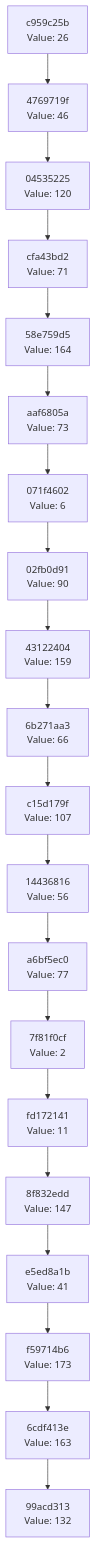
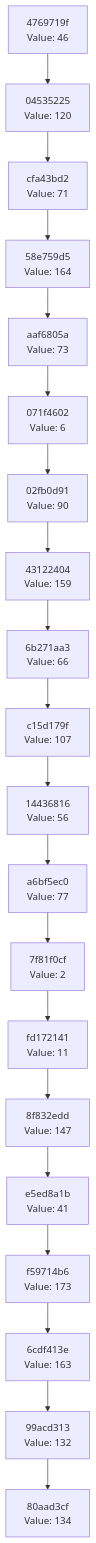
The diagram in docs/CHAIN_VISUALIZATION.md (Abhisheksinha1506/hash-chain-evolver), drawn with Mermaid before and after one commit. The commit also changed 2 other files, not shown here.

Commit message:
Evolution step: hash 0x86 → action executed

````diff
--- a/docs/CHAIN_VISUALIZATION.md
+++ b/docs/CHAIN_VISUALIZATION.md
@@ -3,42 +3,42 @@
 ```mermaid
 graph TD
-    C0["99acd313<br/>Value: 132"]
-    C1["6cdf413e<br/>Value: 163"]
+    C0["80aad3cf<br/>Value: 134"]
+    C1["99acd313<br/>Value: 132"]
     C1 --> C0
-    C2["f59714b6<br/>Value: 173"]
+    C2["6cdf413e<br/>Value: 163"]
     C2 --> C1
-    C3["e5ed8a1b<br/>Value: 41"]
+    C3["f59714b6<br/>Value: 173"]
     C3 --> C2
-    C4["8f832edd<br/>Value: 147"]
+    C4["e5ed8a1b<br/>Value: 41"]
     C4 --> C3
-    C5["fd172141<br/>Value: 11"]
+    C5["8f832edd<br/>Value: 147"]
     C5 --> C4
-    C6["7f81f0cf<br/>Value: 2"]
+    C6["fd172141<br/>Value: 11"]
     C6 --> C5
-    C7["a6bf5ec0<br/>Value: 77"]
+    C7["7f81f0cf<br/>Value: 2"]
     C7 --> C6
-    C8["14436816<br/>Value: 56"]
+    C8["a6bf5ec0<br/>Value: 77"]
     C8 --> C7
-    C9["c15d179f<br/>Value: 107"]
+    C9["14436816<br/>Value: 56"]
     C9 --> C8
-    C10["6b271aa3<br/>Value: 66"]
+    C10["c15d179f<br/>Value: 107"]
     C10 --> C9
-    C11["43122404<br/>Value: 159"]
+    C11["6b271aa3<br/>Value: 66"]
     C11 --> C10
-    C12["02fb0d91<br/>Value: 90"]
+    C12["43122404<br/>Value: 159"]
     C12 --> C11
-    C13["071f4602<br/>Value: 6"]
+    C13["02fb0d91<br/>Value: 90"]
     C13 --> C12
-    C14["aaf6805a<br/>Value: 73"]
+    C14["071f4602<br/>Value: 6"]
     C14 --> C13
-    C15["58e759d5<br/>Value: 164"]
+    C15["aaf6805a<br/>Value: 73"]
     C15 --> C14
-    C16["cfa43bd2<br/>Value: 71"]
+    C16["58e759d5<br/>Value: 164"]
     C16 --> C15
-    C17["04535225<br/>Value: 120"]
+    C17["cfa43bd2<br/>Value: 71"]
     C17 --> C16
-    C18["4769719f<br/>Value: 46"]
+    C18["04535225<br/>Value: 120"]
     C18 --> C17
-    C19["c959c25b<br/>Value: 26"]
+    C19["4769719f<br/>Value: 46"]
     C19 --> C18
 ```
````
